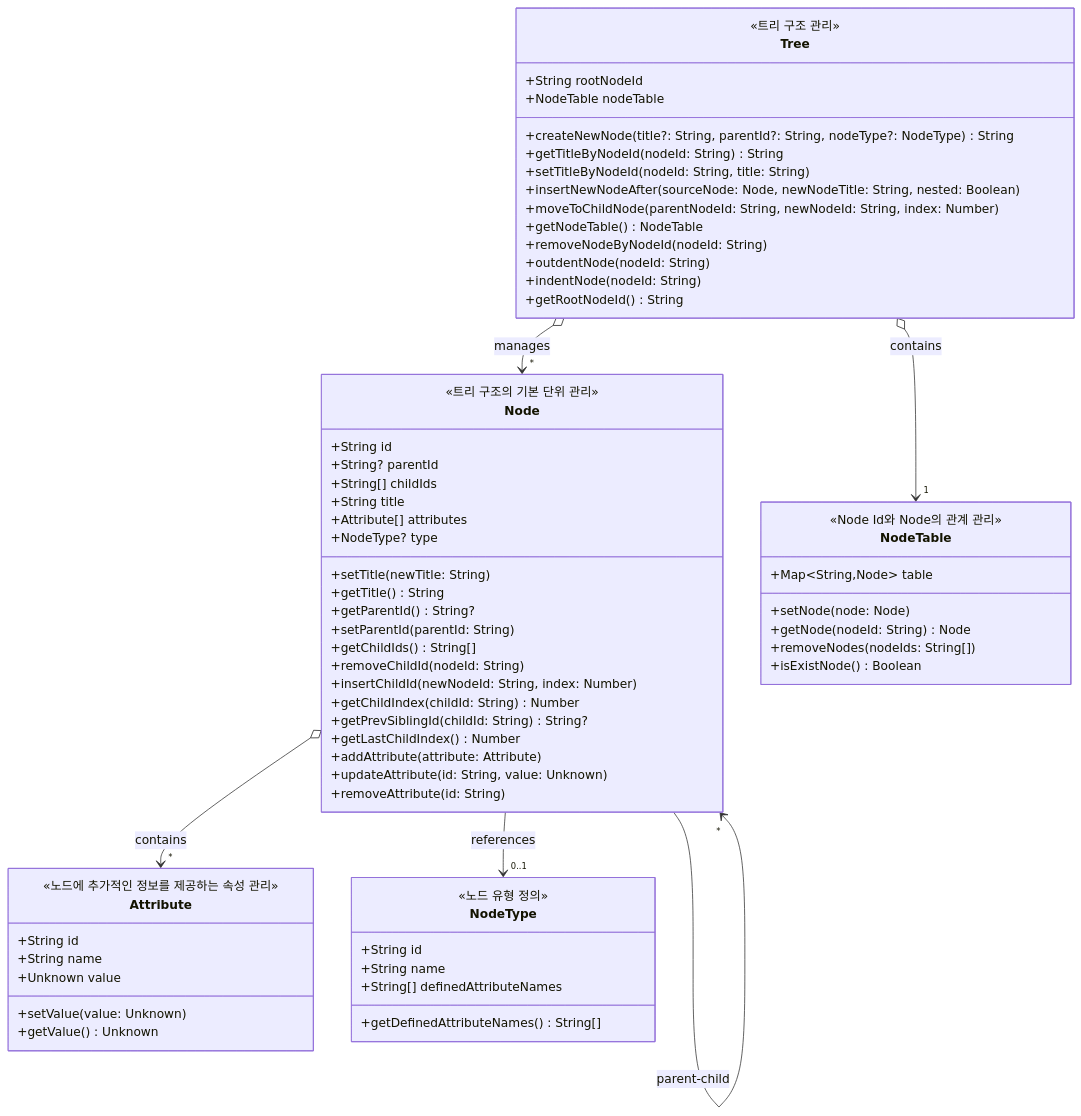
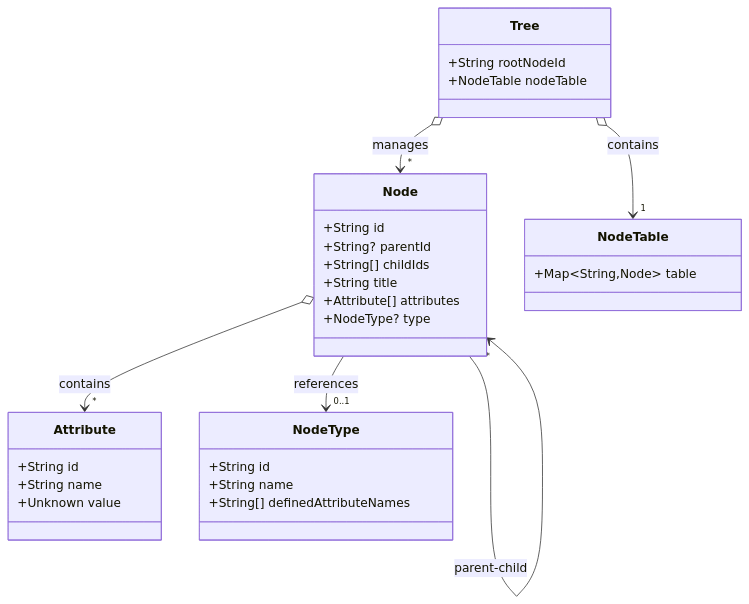
The diagram in src/.cursor/project/node/arch.md (wes5510/voyl), drawn with Mermaid before and after one commit. The commit also changed other lines of this file and 11 other files, not shown here.

````diff
--- a/src/.cursor/project/node/arch.md
+++ b/src/.cursor/project/node/arch.md
@@ -1,77 +7,33 @@
 ```mermaid
 classDiagram
-  class Node {
-    <<트리 구조의 기본 단위 관리>>
-    +String id
-    +String? parentId
-    +String[] childIds
-    +String title
-    +Attribute[] attributes
-    +NodeType? type
-
-    +setTitle(newTitle: String)
-    +getTitle() String
-    +getParentId() String?
-    +setParentId(parentId: String)
-    +getChildIds() String[]
-    +removeChildId(nodeId: String)
-    +insertChildId(newNodeId: String, index: Number)
-    +getChildIndex(childId: String) Number
-    +getPrevSiblingId(childId: String) String?
-    +getLastChildIndex() Number
-    +addAttribute(attribute: Attribute)
-    +updateAttribute(id: String, value: Unknown)
-    +removeAttribute(id: String)
-  }
-
-  class Tree {
-    <<트리 구조 관리>>
-    +String rootNodeId
-    +NodeTable nodeTable
-
-    +createNewNode(title?: String, parentId?: String, nodeType?: NodeType) String
-    +getTitleByNodeId(nodeId: String) String
-    +setTitleByNodeId(nodeId: String, title: String)
-    +insertNewNodeAfter(sourceNode: Node, newNodeTitle: String, nested: Boolean)
-    +moveToChildNode(parentNodeId: String, newNodeId: String, index: Number)
-    +getNodeTable() NodeTable
-    +removeNodeByNodeId(nodeId: String)
-    +outdentNode(nodeId: String)
-    +indentNode(nodeId: String)
-    +getRootNodeId() String
-  }
-
-  class NodeTable {
-    <<Node Id와 Node의 관계 관리>>
-
-    +Map~String,Node~ table
-
-    +setNode(node: Node)
-    +getNode(nodeId: String) Node
-    +removeNodes(nodeIds: String[])
-    +isExistNode() Boolean
-  }
-
-  class Attribute {
-    <<노드에 추가적인 정보를 제공하는 속성 관리>>
-    +String id
-    +String name
-    +Unknown value
-    +setValue(value: Unknown)
-    +getValue() Unknown
-  }
-
-  class NodeType {
-    <<노드 유형 정의>>
-    +String id
-    +String name
-    +String[] definedAttributeNames
-    +getDefinedAttributeNames() String[]
-  }
-
-  Tree o--> "1" NodeTable : contains
-  Tree o--> "*" Node : manages
-  Node o--> "*" Attribute : contains
-  Node --> "0..1" NodeType : references
-  Node --> "*" Node : parent-child
+    class Node {
+        +String id
+        +String? parentId
+        +String[] childIds
+        +String title
+        +Attribute[] attributes
+        +NodeType? type
+    }
+    class Tree {
+        +String rootNodeId
+        +NodeTable nodeTable
+    }
+    class NodeTable {
+        +Map~String,Node~ table
+    }
+    class Attribute {
+        +String id
+        +String name
+        +Unknown value
+    }
+    class NodeType {
+        +String id
+        +String name
+        +String[] definedAttributeNames
+    }
+    Tree o--> "1" NodeTable : contains
+    Tree o--> "*" Node : manages
+    Node o--> "*" Attribute : contains
+    Node --> "0..1" NodeType : references
+    Node --> "*" Node : parent-child
 ```
````
